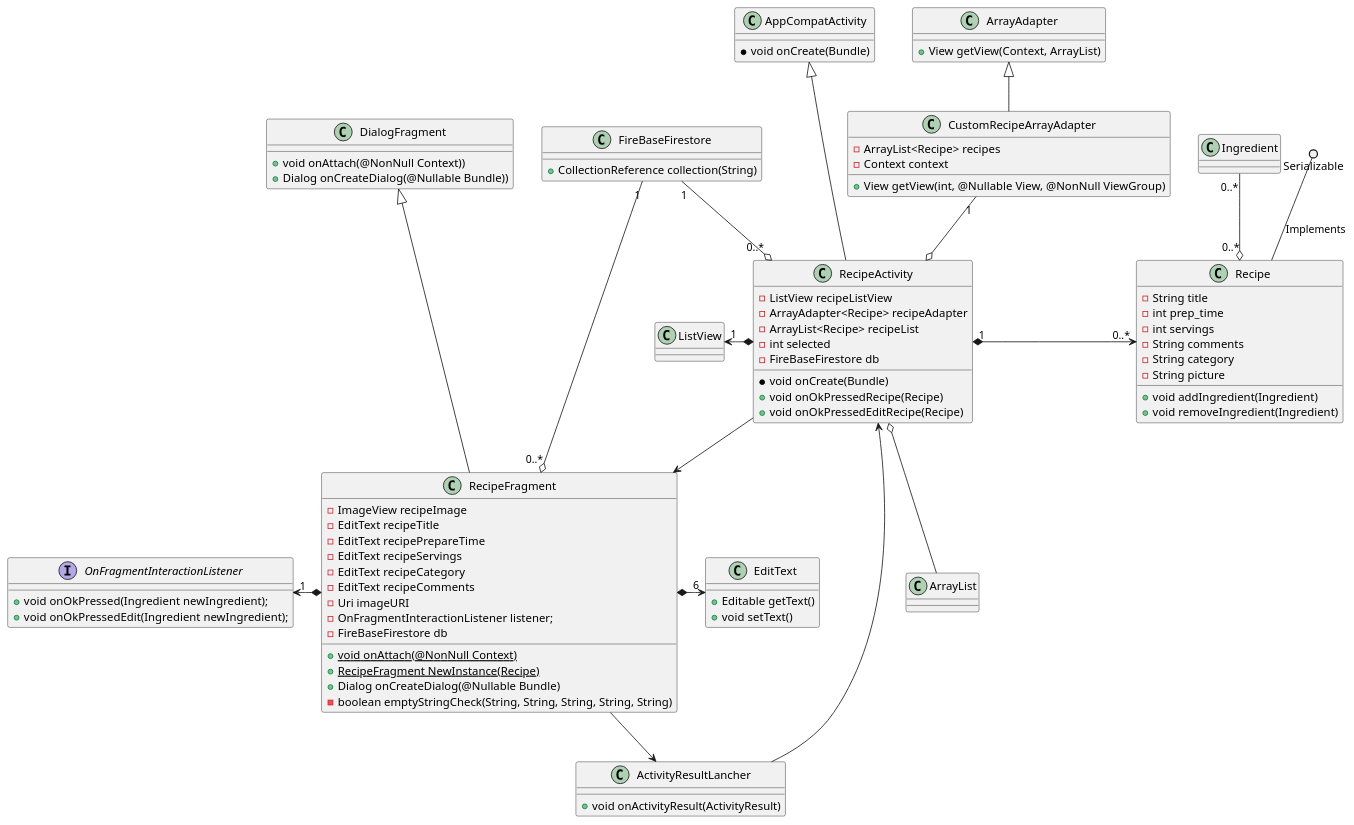
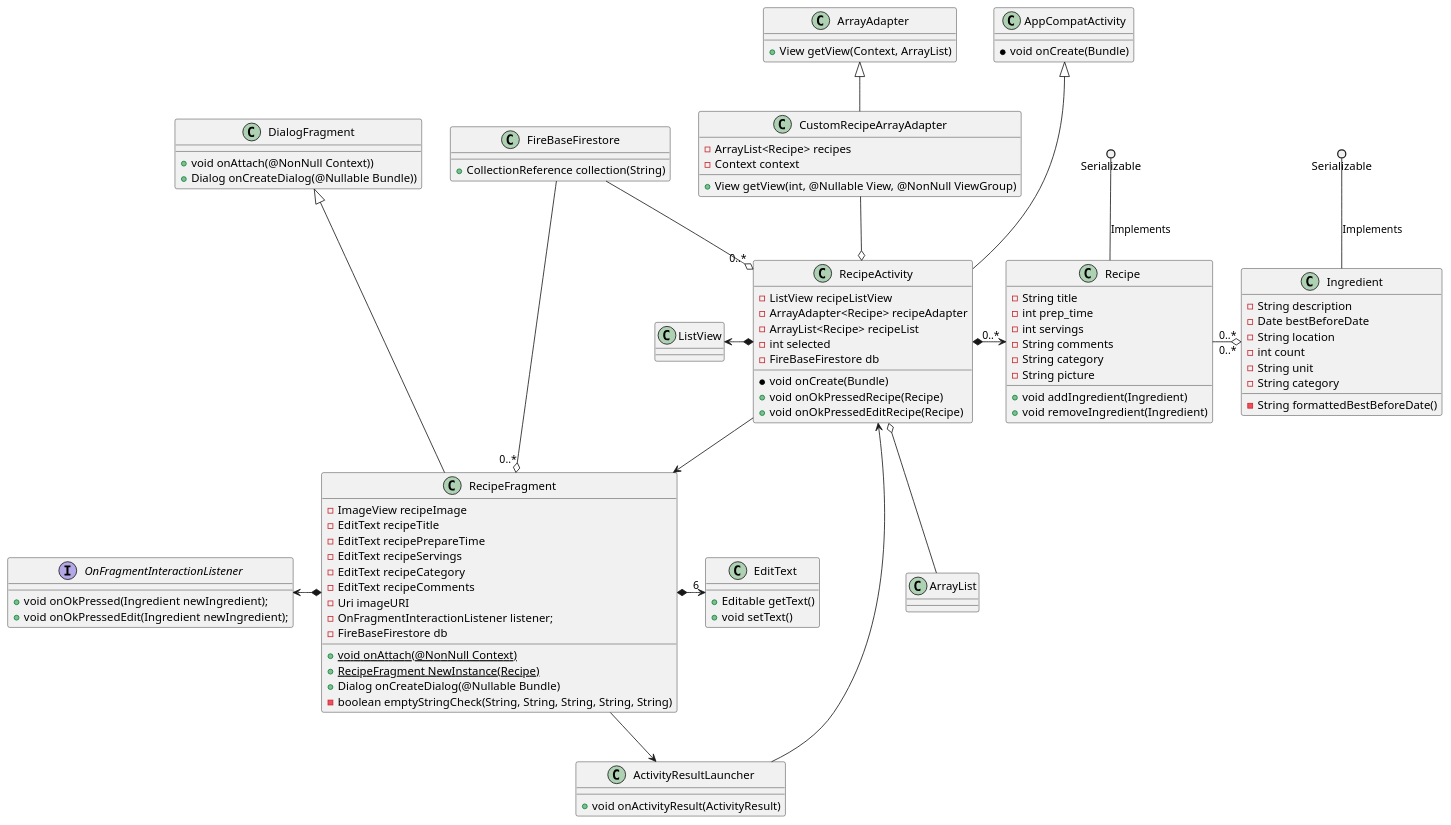
One commit to CMPUT301F22T31/FoodCart changed the diagram in doc/RecipeUML.puml. Above: the diagram before and after it, drawn with PlantUML. The commit also changed 2 other files, not shown here.

Commit message:
All UML state diagrams are complete are complete, going to pull 'Ingridenet edit fixed' commit and make changes if needed

```diff
--- a/doc/RecipeUML.puml
+++ b/doc/RecipeUML.puml
@@ -1,102 +1,114 @@
 @startuml
 'https://plantuml.com/class-diagram
 
 class ArrayAdapter {
 +View getView(Context, ArrayList)
 }
 
 class EditText {
 +Editable getText()
 +void setText()
 }
 
+class Ingredient {
+-String description
+-Date bestBeforeDate
+-String location
+-int count
+-String unit
+-String category
+
+-String formattedBestBeforeDate()
+}
+
 class FireBaseFirestore {
 +CollectionReference collection(String)
 }
 
-class ActivityResultLancher {
+class ActivityResultLauncher {
     +void onActivityResult(ActivityResult)
 }
 
 class Recipe {
 -String title
 -int prep_time
 -int servings
 -String comments
 -String category
 -String picture
 
 +void addIngredient(Ingredient)
 +void removeIngredient(Ingredient)
 }
 
 class AppCompatActivity {
 *void onCreate(Bundle)
 }
 
 class RecipeActivity {
 -ListView recipeListView
 -ArrayAdapter<Recipe> recipeAdapter
 -ArrayList<Recipe> recipeList
 -int selected
 -FireBaseFirestore db
 
 *void onCreate(Bundle)
 +void onOkPressedRecipe(Recipe)
 +void onOkPressedEditRecipe(Recipe)
 }
 
 class DialogFragment {
 +void onAttach(@NonNull Context))
 +Dialog onCreateDialog(@Nullable Bundle))
 }
 
 class RecipeFragment {
 -ImageView recipeImage
 -EditText recipeTitle
 -EditText recipePrepareTime
 -EditText recipeServings
 -EditText recipeCategory
 -EditText recipeComments
 -Uri imageURI
 -OnFragmentInteractionListener listener;
 -FireBaseFirestore db
 
 + {static} void onAttach(@NonNull Context)
 + {static} RecipeFragment NewInstance(Recipe)
 + Dialog onCreateDialog(@Nullable Bundle)
 - boolean emptyStringCheck(String, String, String, String, String)
 }
 
 interface OnFragmentInteractionListener {
 +void onOkPressed(Ingredient newIngredient);
 +void onOkPressedEdit(Ingredient newIngredient);
 }
 
 class CustomRecipeArrayAdapter extends ArrayAdapter {
 - ArrayList<Recipe> recipes
 - Context context
 
 + View getView(int, @Nullable View, @NonNull ViewGroup)
 }
 
 Serializable ()-- Recipe : Implements
-Ingredient "0..*" --o "0..*" Recipe
+Serializable ()-- Ingredient : Implements
+Recipe "0..*" -o "0..*" Ingredient
 
-RecipeActivity "1" *-> "0..*" Recipe
-ListView "1" <-* RecipeActivity
-CustomRecipeArrayAdapter "1" --o RecipeActivity
-FireBaseFirestore "1" --o "0..*" RecipeActivity
+RecipeActivity *-> "0..*" Recipe
+ListView <-* RecipeActivity
+CustomRecipeArrayAdapter --o RecipeActivity
+FireBaseFirestore --o "0..*" RecipeActivity
 RecipeActivity o-- ArrayList
 AppCompatActivity <|--- RecipeActivity
 DialogFragment <|--- RecipeFragment
 
 RecipeFragment *-> "6" EditText
-OnFragmentInteractionListener "1" <-* RecipeFragment
-FireBaseFirestore "1" --o "0..*" RecipeFragment
+OnFragmentInteractionListener <-* RecipeFragment
+FireBaseFirestore --o "0..*" RecipeFragment
 
 RecipeActivity --> RecipeFragment
-RecipeFragment --> ActivityResultLancher
-ActivityResultLancher --> RecipeActivity
+RecipeFragment --> ActivityResultLauncher
+ActivityResultLauncher --> RecipeActivity
 
 @enduml
```
